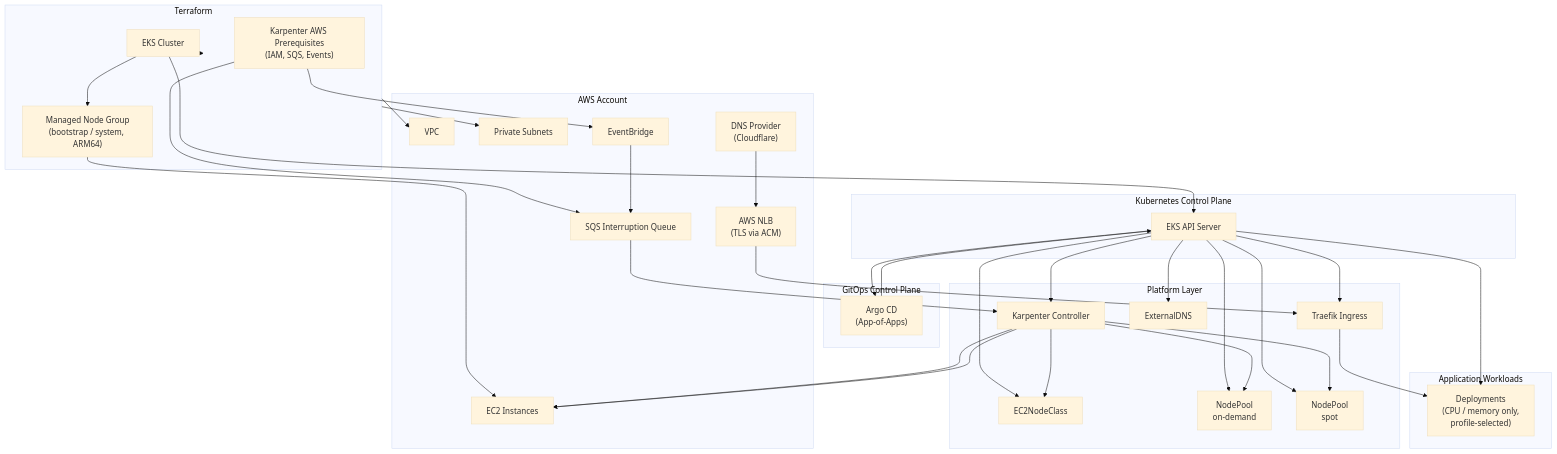
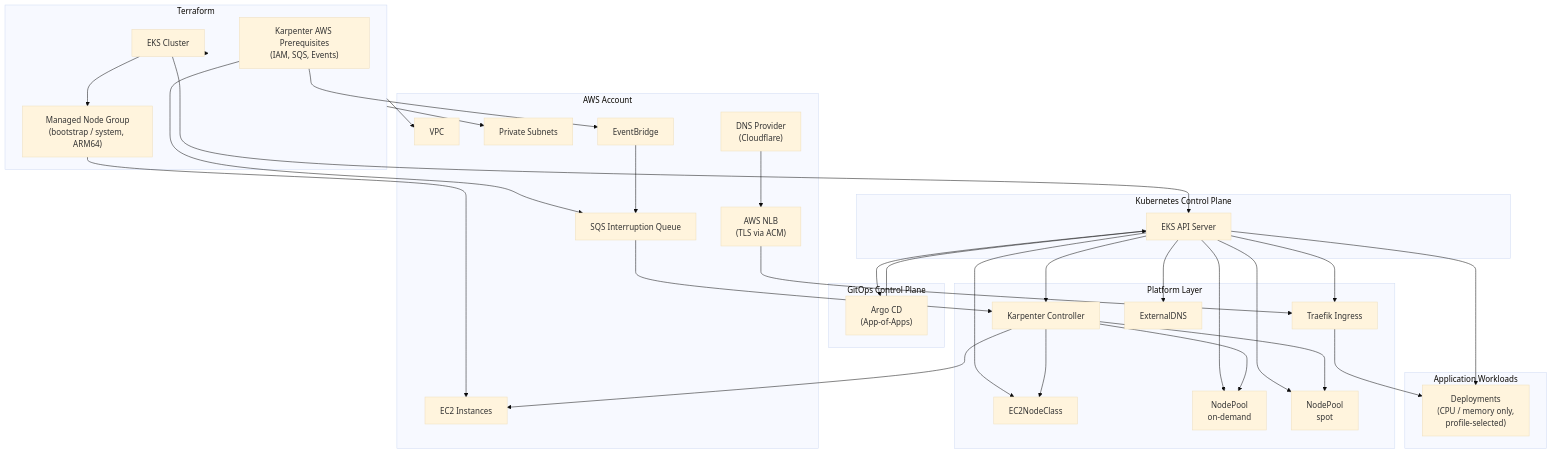
Before and after one commit to LaurisNeimanis/gitops-karpenter-platform: the diagram in docs/architecture-diagram.mmd, drawn with Mermaid (base theme). The commit also changed 4 other files, not shown here.

Commit message:
refactor(karpenter): split nodepools by architecture

```diff
--- a/docs/architecture-diagram.mmd
+++ b/docs/architecture-diagram.mmd
@@ -1,99 +1,98 @@
 flowchart TB
     %% =========================
     %% AWS INFRASTRUCTURE LAYER
     %% =========================
     subgraph AWS["AWS Account"]
         VPC["VPC"]
         SUBNETS["Private Subnets"]
         EC2["EC2 Instances"]
         NLB["AWS NLB<br/>(TLS via ACM)"]
         SQS["SQS Interruption Queue"]
         EB["EventBridge"]
         DNS["DNS Provider<br/>(Cloudflare)"]
     end
 
     %% =========================
     %% TERRAFORM (INFRA + KARPENTER PREREQS)
     %% =========================
     subgraph TF["Terraform"]
         TF_EKS["EKS Cluster"]
         TF_MNG["Managed Node Group<br/>(bootstrap / system, ARM64)"]
         TF_KARP_AWS["Karpenter AWS Prerequisites<br/>(IAM, SQS, Events)"]
     end
 
     %% =========================
     %% KUBERNETES CONTROL PLANE
     %% =========================
     subgraph K8S["Kubernetes Control Plane"]
         API["EKS API Server"]
     end
 
     %% =========================
     %% GITOPS CONTROL PLANE
     %% =========================
     subgraph GITOPS["GitOps Control Plane"]
         ARGO["Argo CD<br/>(App-of-Apps)"]
     end
 
     %% =========================
     %% PLATFORM LAYER
     %% =========================
     subgraph PLATFORM["Platform Layer"]
         KARP["Karpenter Controller"]
         EC2CLASS["EC2NodeClass"]
         NP_OND["NodePool<br/>on-demand"]
         NP_SPOT["NodePool<br/>spot"]
         TRAEFIK["Traefik Ingress"]
         EXTDNS["ExternalDNS"]
     end
 
     %% =========================
     %% WORKLOADS
     %% =========================
     subgraph WORKLOADS["Application Workloads"]
         APP["Deployments<br/>(CPU / memory only,<br/>profile-selected)"]
     end
 
     %% =========================
     %% RELATIONSHIPS
     %% =========================
 
     %% Terraform → AWS
     TF --> VPC
     TF --> SUBNETS
     TF --> TF_EKS
     TF_EKS --> TF_MNG
     TF_MNG --> EC2
-    KARP --> EC2
 
     TF_KARP_AWS --> SQS
     TF_KARP_AWS --> EB
     EB --> SQS
 
     %% EKS control plane
     TF_EKS --> API
     API --> ARGO
 
     %% GitOps reconciliation
     ARGO --> API
 
     %% Platform resources via API
     API --> KARP
     API --> EC2CLASS
     API --> NP_OND
     API --> NP_SPOT
     API --> TRAEFIK
     API --> EXTDNS
     API --> APP
 
     %% Karpenter behavior
     KARP --> EC2CLASS
     KARP --> NP_OND
     KARP --> NP_SPOT
     KARP --> EC2
     SQS --> KARP
 
     %% Traffic flow
     DNS --> NLB
     NLB --> TRAEFIK
     TRAEFIK --> APP
```
